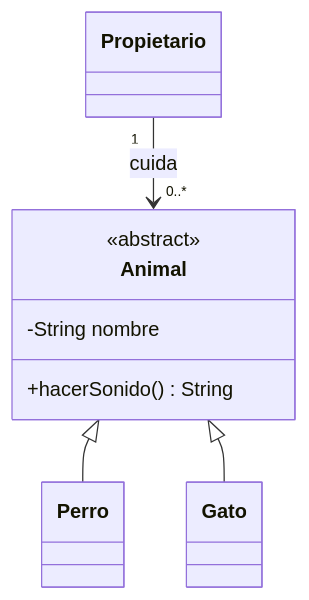
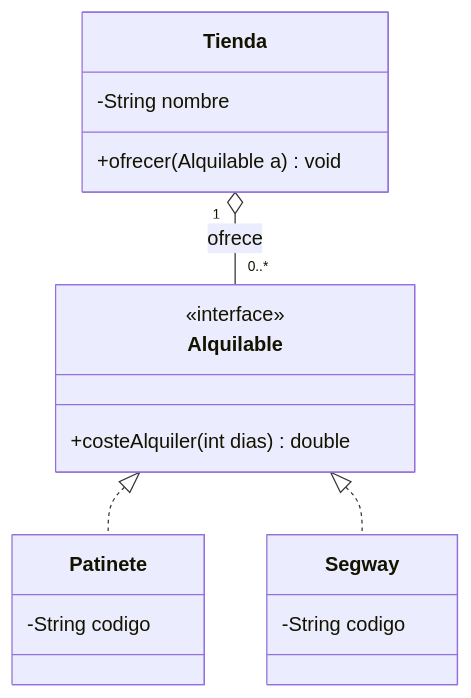
One commit to rlrprofe/poo changed the third of 3 diagrams in docs/capitulos/08-puente-uml.md. Above: the diagram before and after it, drawn with Mermaid. The commit also changed other lines of this file and 30 other files, not shown here.

````diff
--- a/docs/capitulos/08-puente-uml.md
+++ b/docs/capitulos/08-puente-uml.md
@@ -128,11 +151,20 @@
 ```mermaid
 classDiagram
-    class Animal {
-        <<abstract>>
+    class Alquilable {
+        <<interface>>
+        +costeAlquiler(int dias) double
+    }
+    class Patinete {
+        -String codigo
+    }
+    class Segway {
+        -String codigo
+    }
+    class Tienda {
         -String nombre
-        +hacerSonido() String
+        +ofrecer(Alquilable a) void
     }
-    Animal <|-- Perro
-    Animal <|-- Gato
-    Propietario "1" --> "0..*" Animal : cuida
+    Alquilable <|.. Patinete
+    Alquilable <|.. Segway
+    Tienda "1" o-- "0..*" Alquilable : ofrece
 ```
````
